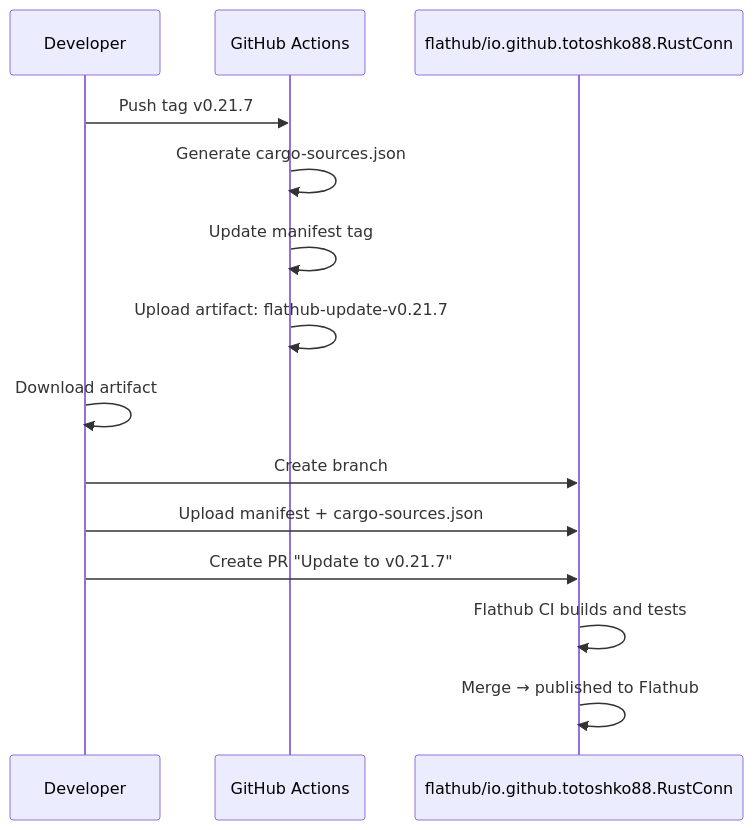
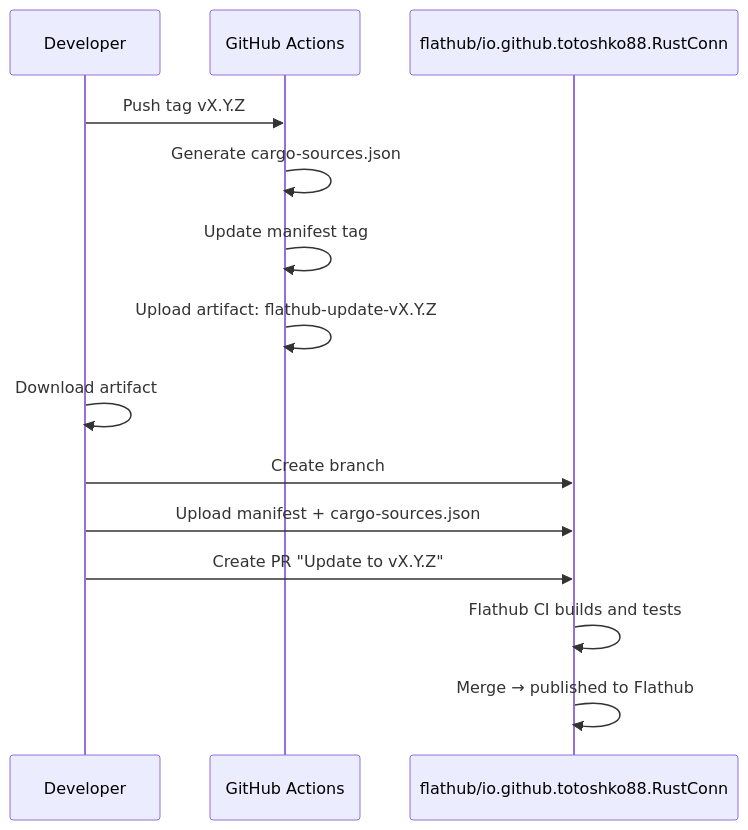
The sixth of 6 diagrams in docs/CI_BUILD_FLOW.md (totoshko88/RustConn), drawn with Mermaid before and after one commit. The commit also changed other lines of this file and 4 other files, not shown here.

````diff
--- a/docs/CI_BUILD_FLOW.md
+++ b/docs/CI_BUILD_FLOW.md
@@ -255,18 +255,18 @@
 ```mermaid
 sequenceDiagram
     participant Dev as Developer
     participant GH as GitHub Actions
     participant FH as flathub/io.github.totoshko88.RustConn
 
-    Dev->>GH: Push tag v0.21.7
+    Dev->>GH: Push tag vX.Y.Z
     GH->>GH: Generate cargo-sources.json
     GH->>GH: Update manifest tag
-    GH->>GH: Upload artifact: flathub-update-v0.21.7
+    GH->>GH: Upload artifact: flathub-update-vX.Y.Z
 
     Dev->>Dev: Download artifact
     Dev->>FH: Create branch
     Dev->>FH: Upload manifest + cargo-sources.json
-    Dev->>FH: Create PR "Update to v0.21.7"
+    Dev->>FH: Create PR "Update to vX.Y.Z"
     FH->>FH: Flathub CI builds and tests
     FH->>FH: Merge → published to Flathub
 ```
````
